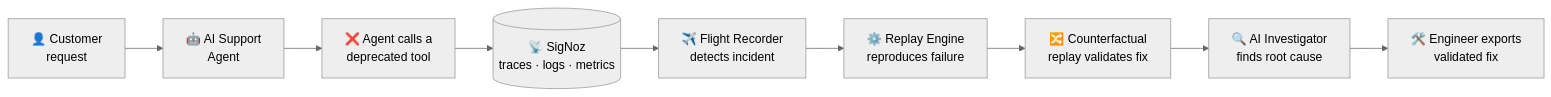
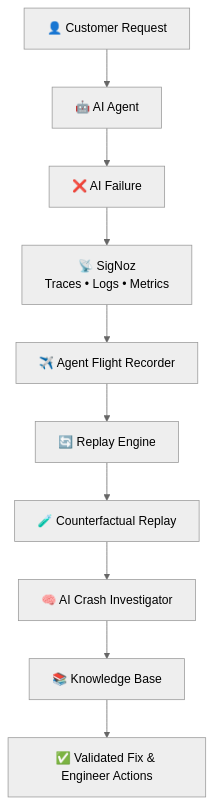
Before and after one commit to Abhishekanand19/agent-flight-recorder: the diagram in README.md, drawn with Mermaid (neutral theme). The commit also changed other lines of this file and 1 other file, not shown here.

````diff
--- a/README.md
+++ b/README.md
@@ -52,11 +61,30 @@
 ```mermaid
-flowchart LR
-    A["👤 Customer<br/>request"] --> B["🤖 AI Support<br/>Agent"]
-    B --> C["❌ Agent calls a<br/>deprecated tool"]
-    C --> D[("📡 SigNoz<br/>traces · logs · metrics")]
-    D --> E["✈️ Flight Recorder<br/>detects incident"]
-    E --> F["⚙️ Replay Engine<br/>reproduces failure"]
-    F --> G["🔀 Counterfactual<br/>replay validates fix"]
-    G --> H["🔍 AI Investigator<br/>finds root cause"]
-    H --> I["🛠️ Engineer exports<br/>validated fix"]
+flowchart TD
+
+A["👤 Customer Request"]
+--> B["🤖 AI Agent"]
+
+B
+--> C["❌ AI Failure"]
+
+C
+--> D["📡 SigNoz<br/>Traces • Logs • Metrics"]
+
+D
+--> E["✈️ Agent Flight Recorder"]
+
+E
+--> F["🔄 Replay Engine"]
+
+F
+--> G["🧪 Counterfactual Replay"]
+
+G
+--> H["🧠 AI Crash Investigator"]
+
+H
+--> I["📚 Knowledge Base"]
+
+I
+--> J["✅ Validated Fix & Engineer Actions"]
 ```
````
